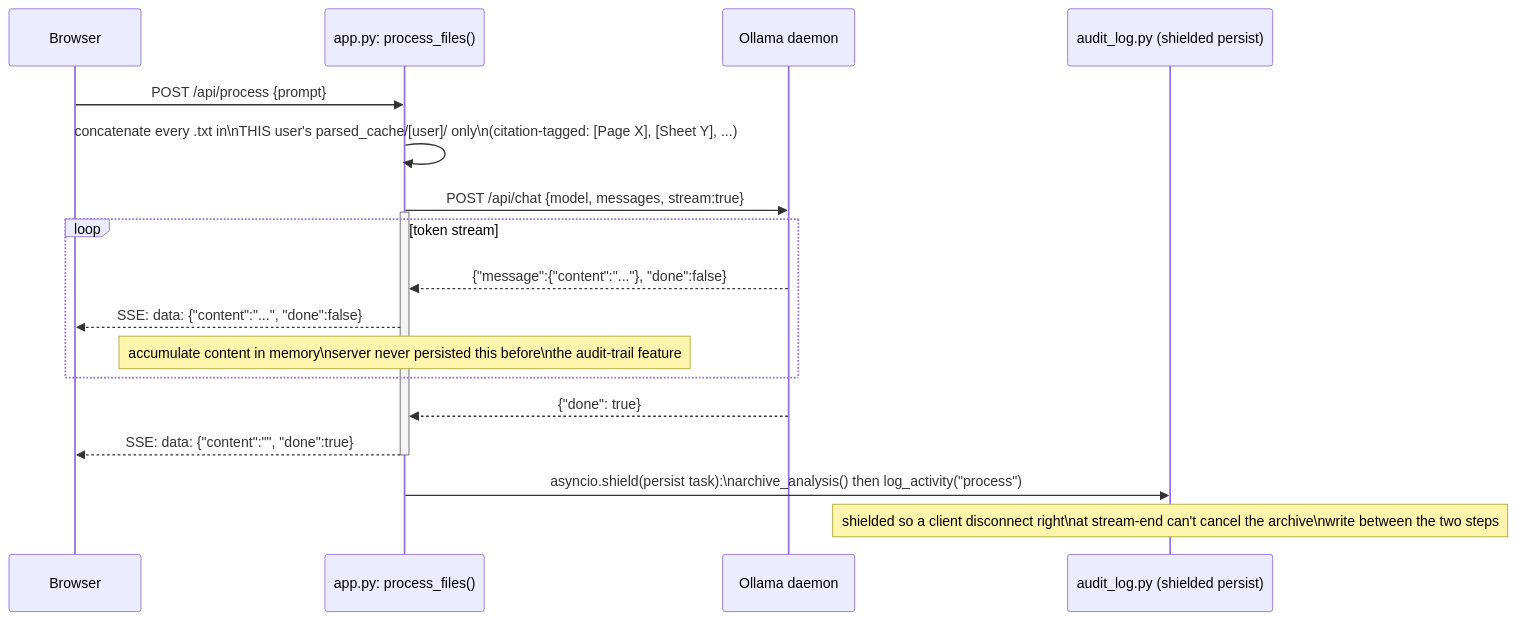
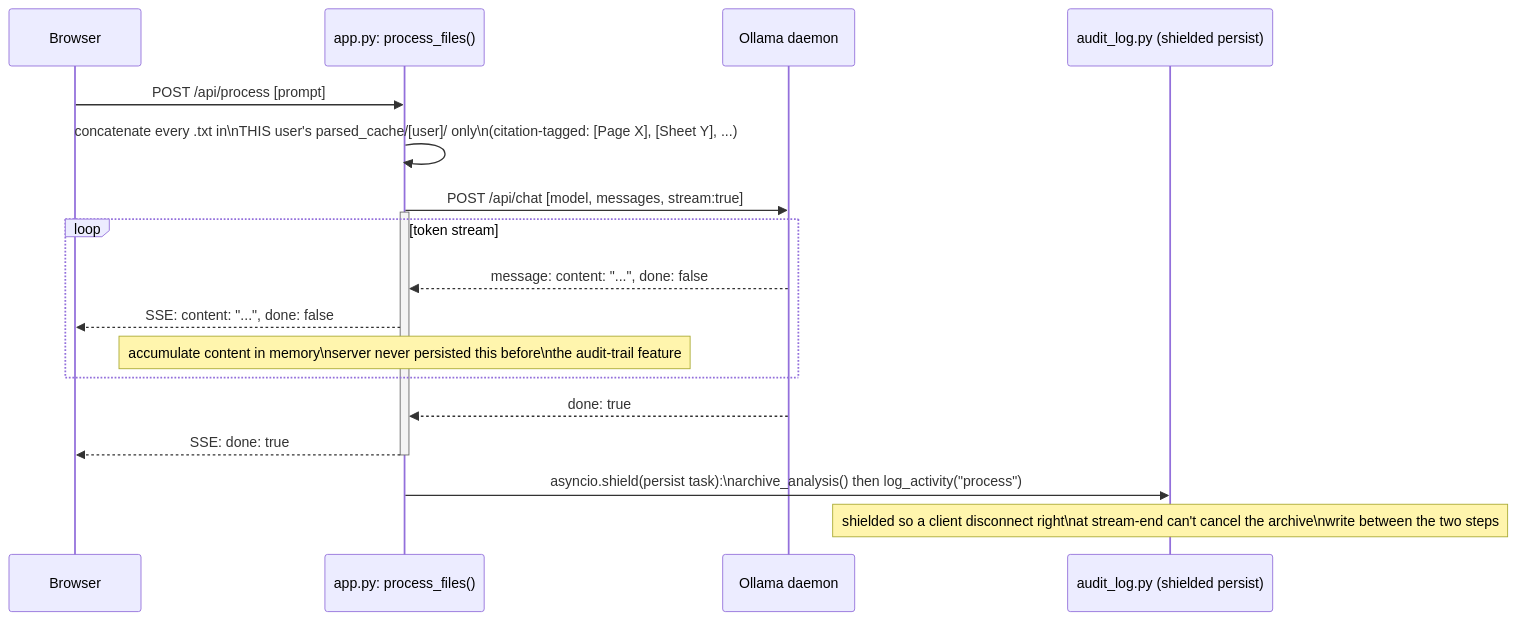
Before and after one commit to Karang1908/Sift: the seventh of 10 diagrams in ARCHITECTURE.md, drawn with Mermaid. The commit also changed other lines of this file, not shown here.

Commit message:
Fix diagram formatting issues in section 5, 7, 8, and 9 of ARCHITECTURE.md

````diff
--- a/ARCHITECTURE.md
+++ b/ARCHITECTURE.md
@@ -324,22 +324,22 @@
 ```mermaid
 sequenceDiagram
     participant B as Browser
     participant S as app.py: process_files()
     participant O as Ollama daemon
     participant AL as audit_log.py (shielded persist)
 
-    B->>S: POST /api/process {prompt}
+    B->>S: POST /api/process [prompt]
     S->>S: concatenate every .txt in\nTHIS user's parsed_cache/[user]/ only\n(citation-tagged: [Page X], [Sheet Y], ...)
-    S->>O: POST /api/chat {model, messages, stream:true}
+    S->>O: POST /api/chat [model, messages, stream:true]
     activate S
     loop token stream
-        O-->>S: {"message":{"content":"..."}, "done":false}
-        S-->>B: SSE: data: {"content":"...", "done":false}
+        O-->>S: message: content: "...", done: false
+        S-->>B: SSE: content: "...", done: false
         Note over S: accumulate content in memory\nserver never persisted this before\nthe audit-trail feature
     end
-    O-->>S: {"done": true}
-    S-->>B: SSE: data: {"content":"", "done":true}
+    O-->>S: done: true
+    S-->>B: SSE: done: true
     deactivate S
     S->>AL: asyncio.shield(persist task):\narchive_analysis() then log_activity("process")
     Note over AL: shielded so a client disconnect right\nat stream-end can't cancel the archive\nwrite between the two steps
 ```
````
